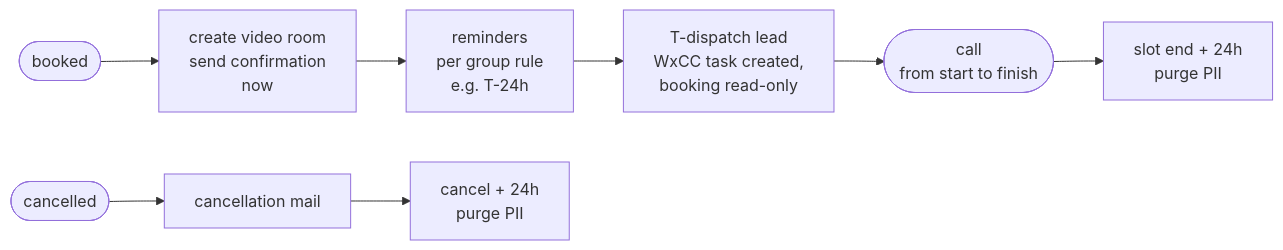
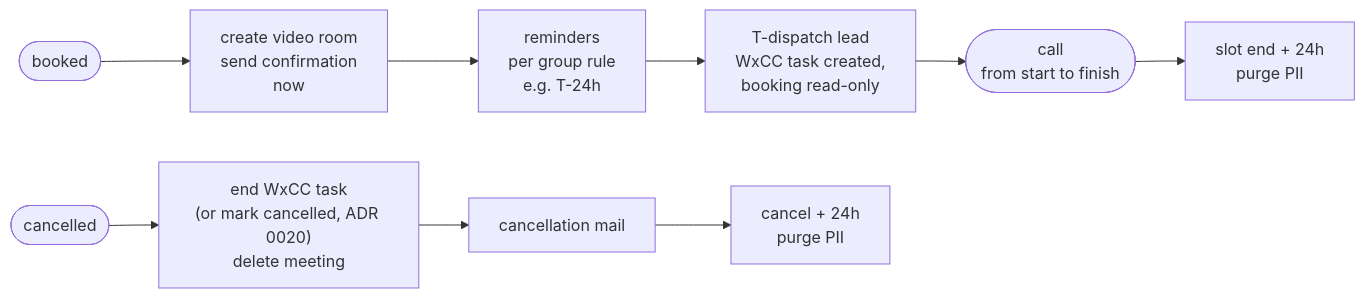
The eighth of 13 diagrams in docs/architecture.md (3Corners-Labs/OpenPlanner), drawn with Mermaid before and after one commit. The commit also changed other lines of this file and 24 other files, not shown here.

First line of the commit message:
feat(wxcc): end the work item of a cancelled booking, or mark it cancelled

````diff
--- a/docs/architecture.md
+++ b/docs/architecture.md
@@ -381,11 +382,11 @@
 ```mermaid
 flowchart LR
     book(["booked"]) --> confirm["create video room<br/>send confirmation<br/>now"]
     confirm --> remind["reminders<br/>per group rule<br/>e.g. T-24h"]
     remind --> dispatch["T-dispatch lead<br/>WxCC task created,<br/>booking read-only"]
     dispatch --> meeting(["call<br/>from start to finish"])
     meeting --> purge["slot end + 24h<br/>purge PII"]
 
-    cancel(["cancelled"]) --> cmail["cancellation mail"] --> cpurge["cancel + 24h<br/>purge PII"]
+    cancel(["cancelled"]) --> cend["end WxCC task<br/>(or mark cancelled, ADR 0020)<br/>delete meeting"] --> cmail["cancellation mail"] --> cpurge["cancel + 24h<br/>purge PII"]
 
 ```
````
